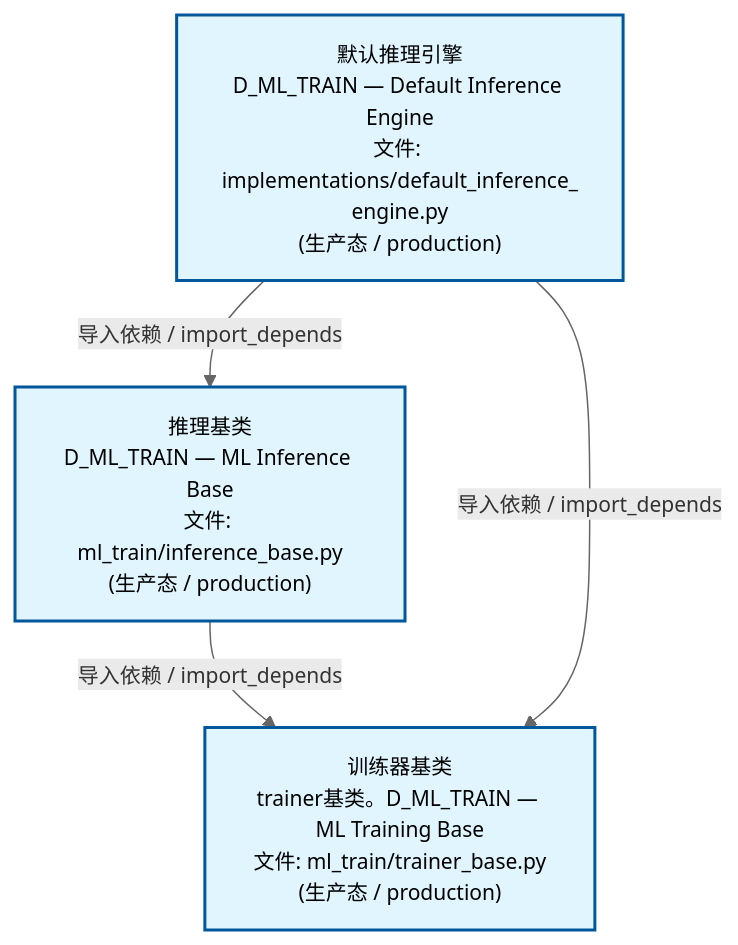
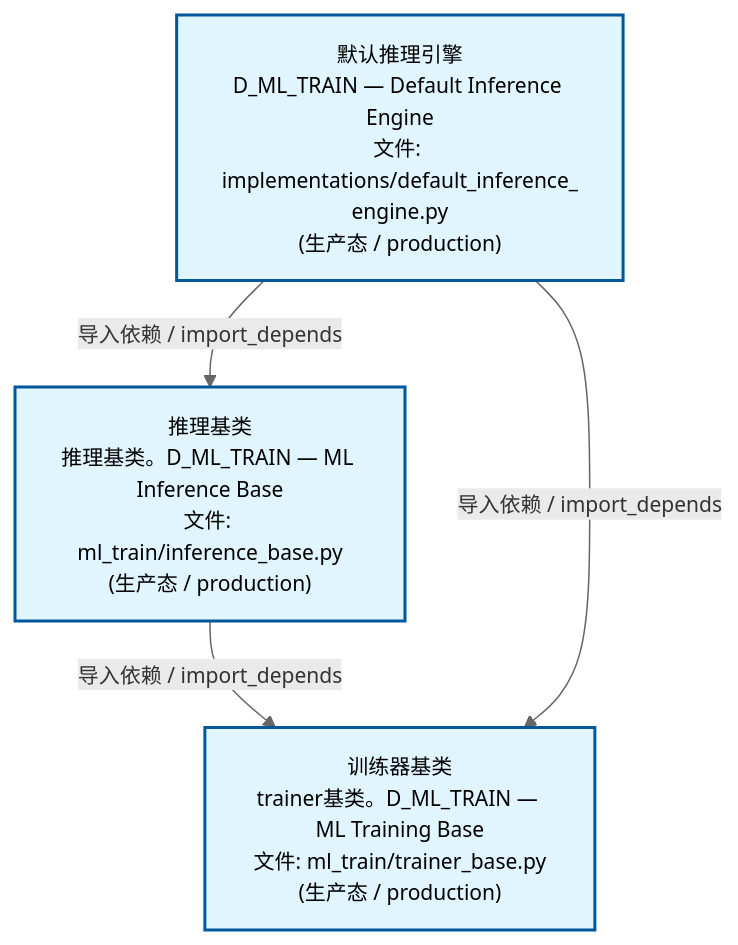
Before and after one commit to xuanFelixVan/ZephyrAlpha: the second of 4 diagrams in docs/02_enterprise_architecture/02_domain_architecture_docs/61_d_ml_train.md, drawn with Mermaid. The commit also changed other lines of this file and 63 other files, not shown here.

````diff
--- a/docs/02_enterprise_architecture/02_domain_architecture_docs/61_d_ml_train.md
+++ b/docs/02_enterprise_architecture/02_domain_architecture_docs/61_d_ml_train.md
@@ -99,15 +99,15 @@
 ```mermaid
 %%{init: {'theme': 'base', 'themeVariables': {'primaryColor': '#eaeaea', 'primaryTextColor': '#333333', 'primaryBorderColor': '#666666', 'lineColor': '#666666', 'secondaryColor': '#eaeaea', 'tertiaryColor': '#eaeaea', 'fontSize': '14px'}}}%%
 flowchart TD
     src_zephyr_ml_train_implementations_default_inference_engine_py["默认推理引擎<br/>D_ML_TRAIN — Default Inference Engine<br/>文件: implementations/default_inference_<br/>engine.py<br/>(生产态 / production)"]
-    src_zephyr_ml_train_inference_base_py["推理基类<br/>D_ML_TRAIN — ML Inference Base<br/>文件: ml_train/inference_base.py<br/>(生产态 / production)"]
+    src_zephyr_ml_train_inference_base_py["推理基类<br/>推理基类。D_ML_TRAIN — ML Inference Base<br/>文件: ml_train/inference_base.py<br/>(生产态 / production)"]
     src_zephyr_ml_train_trainer_base_py["训练器基类<br/>trainer基类。D_ML_TRAIN — ML Training Base<br/>文件: ml_train/trainer_base.py<br/>(生产态 / production)"]
     src_zephyr_ml_train_inference_base_py -->|导入依赖 / import_depends| src_zephyr_ml_train_trainer_base_py
     src_zephyr_ml_train_implementations_default_inference_engine_py -->|导入依赖 / import_depends| src_zephyr_ml_train_inference_base_py
     src_zephyr_ml_train_implementations_default_inference_engine_py -->|导入依赖 / import_depends| src_zephyr_ml_train_trainer_base_py
     classDef production fill:#e1f5fe,stroke:#01579b,stroke-width:2px,color:#000
     classDef design fill:#fff3e0,stroke:#e65100,stroke-width:2px,color:#000,stroke-dasharray: 5 5
     classDef external_prod fill:#e8f4fd,stroke:#0277bd,stroke-width:1px,color:#000
     classDef external_design fill:#fff8e7,stroke:#ef6c00,stroke-width:1px,color:#000,stroke-dasharray: 5 5
     class src_zephyr_ml_train_implementations_default_inference_engine_py,src_zephyr_ml_train_inference_base_py,src_zephyr_ml_train_trainer_base_py production
 ```
````
